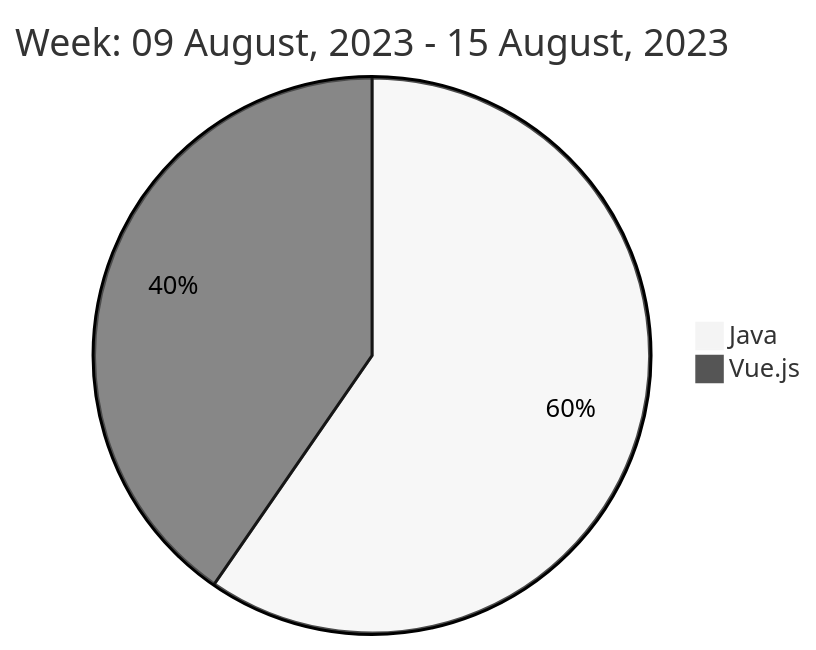
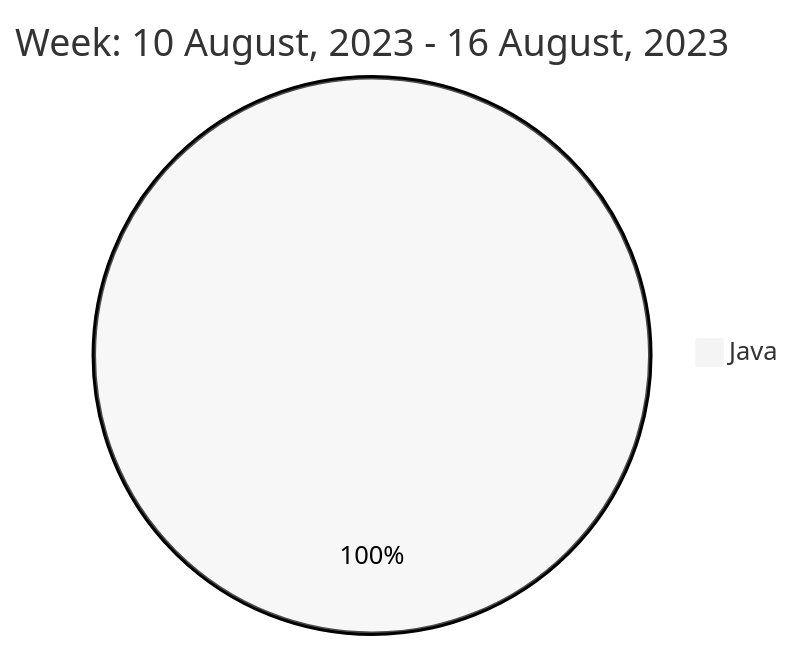
Before and after one commit to liubin95/liubin95: the diagram in README.md, drawn with Mermaid (neutral theme).

Commit message:
Updated the Graph with new Metrics

````diff
--- a/README.md
+++ b/README.md
@@ -40,6 +40,5 @@
 ```mermaid
  pie
-title Week: 09 August, 2023 - 15 August, 2023
- "Java" : 2.17
- "Vue.js" : 1.47
+title Week: 10 August, 2023 - 16 August, 2023
+ "Java" : 1.4
 ```
````
